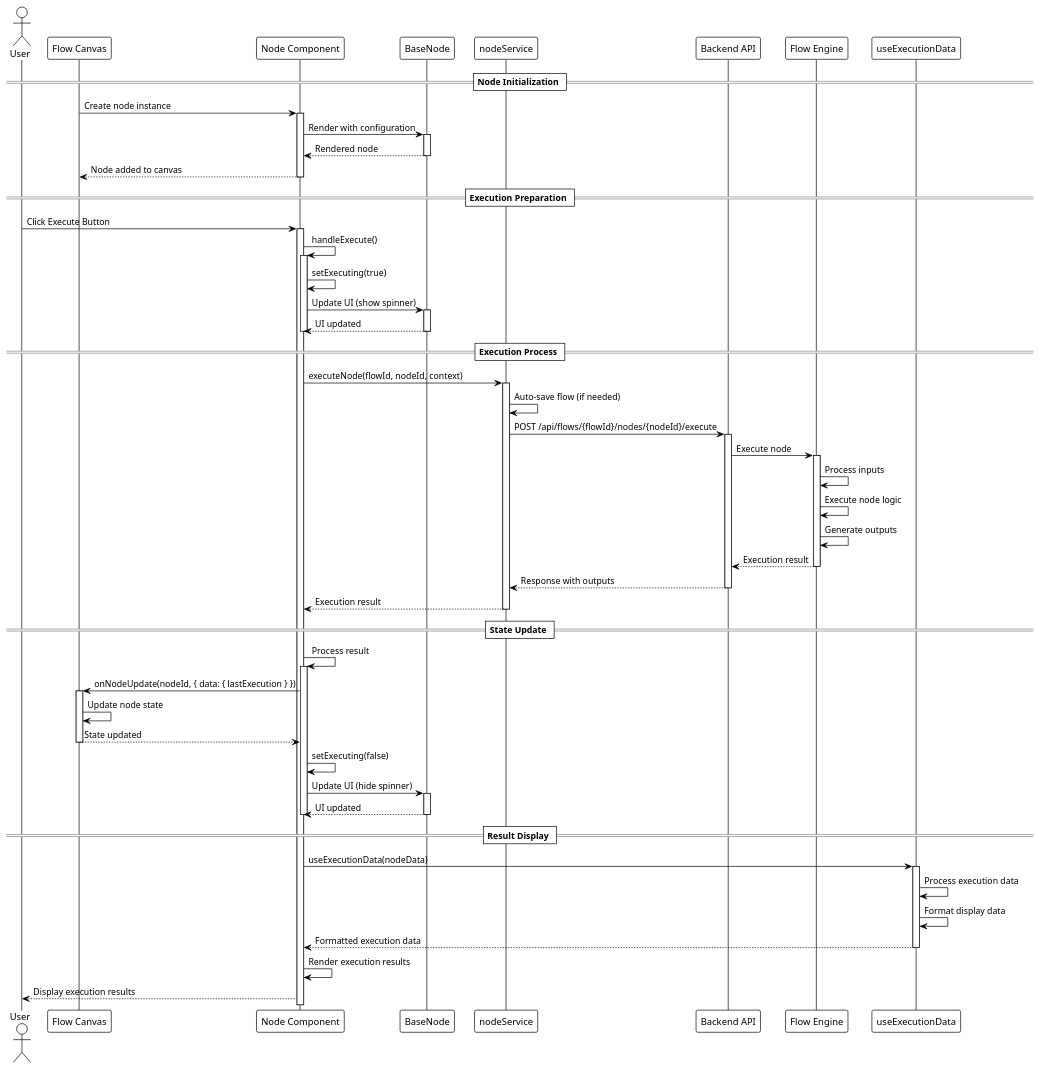
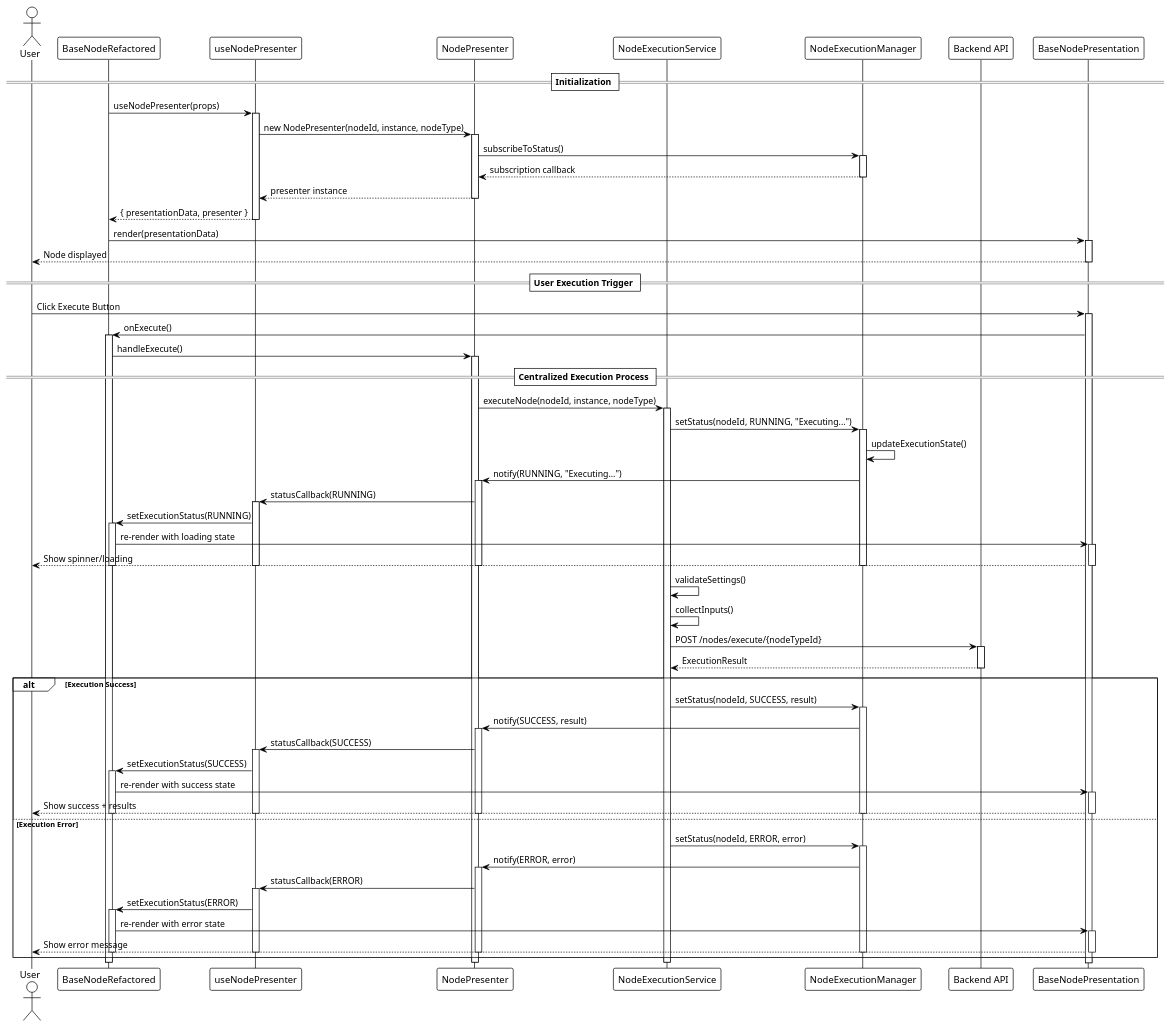
One commit to amirman-m/flowbuilderInstagram changed the first of 4 diagrams in Doc/NodeComponent-ExecutionFlow.md. Above: the diagram before and after it, drawn with PlantUML. The commit also changed other lines of this file and 36 other files, not shown here.

````diff
--- a/Doc/NodeComponent-ExecutionFlow.md
+++ b/Doc/NodeComponent-ExecutionFlow.md
@@ -7,85 +11,113 @@
 ```plantuml
-@startuml NodeComponent_ExecutionFlow
+@startuml NodeExecutionFlow_SOLID
 !theme plain
 
 actor User
-participant FlowCanvas as "Flow Canvas"
-participant NodeComponent as "Node Component"
-participant BaseNode as "BaseNode"
-participant NodeService as "nodeService"
-participant Backend as "Backend API"
-participant FlowEngine as "Flow Engine"
-participant ExecutionHook as "useExecutionData"
+participant "BaseNodeRefactored" as Container
+participant "useNodePresenter" as Hook
+participant "NodePresenter" as Presenter
+participant "NodeExecutionService" as Service
+participant "NodeExecutionManager" as Manager
+participant "Backend API" as API
+participant "BaseNodePresentation" as UI
 
-== Node Initialization ==
+== Initialization ==
 
-FlowCanvas -> NodeComponent: Create node instance
-activate NodeComponent
-NodeComponent -> BaseNode: Render with configuration
-activate BaseNode
-BaseNode --> NodeComponent: Rendered node
-deactivate BaseNode
-NodeComponent --> FlowCanvas: Node added to canvas
-deactivate NodeComponent
+Container -> Hook: useNodePresenter(props)
+activate Hook
+Hook -> Presenter: new NodePresenter(nodeId, instance, nodeType)
+activate Presenter
+Presenter -> Manager: subscribeToStatus()
+activate Manager
+Manager --> Presenter: subscription callback
+deactivate Manager
+Presenter --> Hook: presenter instance
+deactivate Presenter
+Hook --> Container: { presentationData, presenter }
+deactivate Hook
 
-== Execution Preparation ==
+Container -> UI: render(presentationData)
+activate UI
+UI --> User: Node displayed
+deactivate UI
 
-User -> NodeComponent: Click Execute Button
-activate NodeComponent
-NodeComponent -> NodeComponent: handleExecute()
-activate NodeComponent
-NodeComponent -> NodeComponent: setExecuting(true)
-NodeComponent -> BaseNode: Update UI (show spinner)
-activate BaseNode
-BaseNode --> NodeComponent: UI updated
-deactivate BaseNode
-deactivate NodeComponent
+== User Execution Trigger ==
 
-== Execution Process ==
+User -> UI: Click Execute Button
+activate UI
+UI -> Container: onExecute()
+activate Container
+Container -> Presenter: handleExecute()
+activate Presenter
 
-NodeComponent -> NodeService: executeNode(flowId, nodeId, context)
-activate NodeService
-NodeService -> NodeService: Auto-save flow (if needed)
-NodeService -> Backend: POST /api/flows/{flowId}/nodes/{nodeId}/execute
-activate Backend
-Backend -> FlowEngine: Execute node
-activate FlowEngine
-FlowEngine -> FlowEngine: Process inputs
-FlowEngine -> FlowEngine: Execute node logic
-FlowEngine -> FlowEngine: Generate outputs
-FlowEngine --> Backend: Execution result
-deactivate FlowEngine
-Backend --> NodeService: Response with outputs
-deactivate Backend
-NodeService --> NodeComponent: Execution result
-deactivate NodeService
+== Centralized Execution Process ==
 
-== State Update ==
+Presenter -> Service: executeNode(nodeId, instance, nodeType)
+activate Service
+Service -> Manager: setStatus(nodeId, RUNNING, "Executing...")
+activate Manager
+Manager -> Manager: updateExecutionState()
+Manager -> Presenter: notify(RUNNING, "Executing...")
+activate Presenter
+Presenter -> Hook: statusCallback(RUNNING)
+activate Hook
+Hook -> Container: setExecutionStatus(RUNNING)
+activate Container
+Container -> UI: re-render with loading state
+activate UI
+UI --> User: Show spinner/loading
+deactivate UI
+deactivate Container
+deactivate Hook
+deactivate Presenter
+deactivate Manager
 
-NodeComponent -> NodeComponent: Process result
-activate NodeComponent
-NodeComponent -> FlowCanvas: onNodeUpdate(nodeId, { data: { lastExecution } })
-activate FlowCanvas
-FlowCanvas -> FlowCanvas: Update node state
-FlowCanvas --> NodeComponent: State updated
-deactivate FlowCanvas
-NodeComponent -> NodeComponent: setExecuting(false)
-NodeComponent -> BaseNode: Update UI (hide spinner)
-activate BaseNode
-BaseNode --> NodeComponent: UI updated
-deactivate BaseNode
-deactivate NodeComponent
+Service -> Service: validateSettings()
+Service -> Service: collectInputs()
+Service -> API: POST /nodes/execute/{nodeTypeId}
+activate API
+API --> Service: ExecutionResult
+deactivate API
 
-== Result Display ==
+alt Execution Success
+    Service -> Manager: setStatus(nodeId, SUCCESS, result)
+    activate Manager
+    Manager -> Presenter: notify(SUCCESS, result)
+    activate Presenter
+    Presenter -> Hook: statusCallback(SUCCESS)
+    activate Hook
+    Hook -> Container: setExecutionStatus(SUCCESS)
+    activate Container
+    Container -> UI: re-render with success state
+    activate UI
+    UI --> User: Show success + results
+    deactivate UI
+    deactivate Container
+    deactivate Hook
+    deactivate Presenter
+    deactivate Manager
+else Execution Error
+    Service -> Manager: setStatus(nodeId, ERROR, error)
+    activate Manager
+    Manager -> Presenter: notify(ERROR, error)
+    activate Presenter
+    Presenter -> Hook: statusCallback(ERROR)
+    activate Hook
+    Hook -> Container: setExecutionStatus(ERROR)
+    activate Container
+    Container -> UI: re-render with error state
+    activate UI
+    UI --> User: Show error message
+    deactivate UI
+    deactivate Container
+    deactivate Hook
+    deactivate Presenter
+    deactivate Manager
+end
 
-NodeComponent -> ExecutionHook: useExecutionData(nodeData)
-activate ExecutionHook
-ExecutionHook -> ExecutionHook: Process execution data
-ExecutionHook -> ExecutionHook: Format display data
-ExecutionHook --> NodeComponent: Formatted execution data
-deactivate ExecutionHook
-NodeComponent -> NodeComponent: Render execution results
-NodeComponent --> User: Display execution results
+deactivate Service
+deactivate Presenter
+deactivate Container
 
 @enduml
 ```
````
